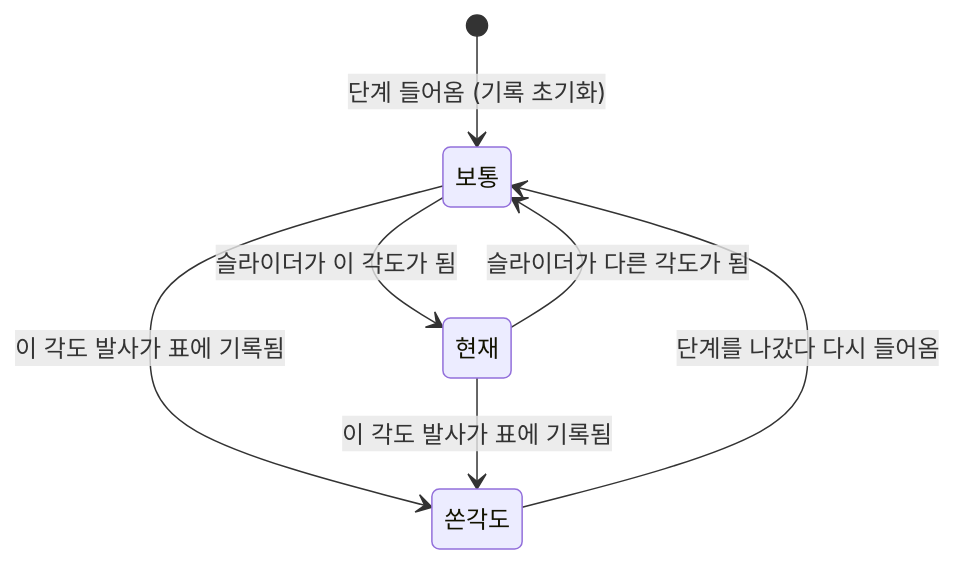
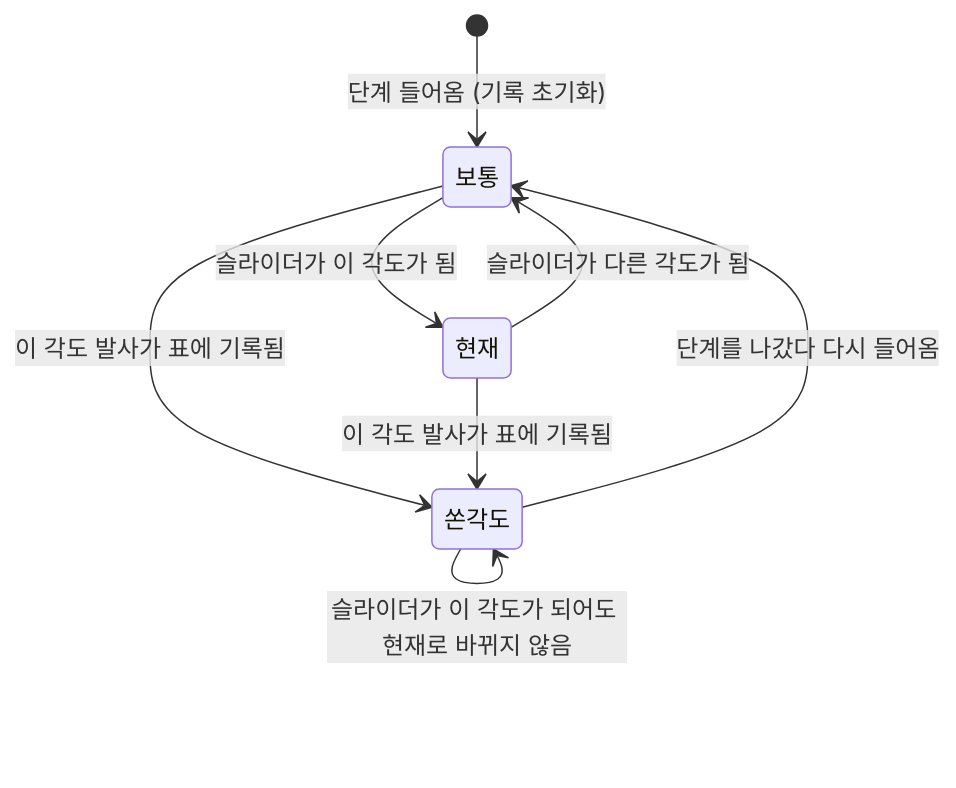
The diagram in kitty-specs/howitzer-tutorial-angle-buttons-01M5RDY7/spec.md (mechurisr/Calculus_Howitzer), drawn with Mermaid before and after one commit. The commit also changed other lines of this file and 2 other files, not shown here.

````diff
--- a/kitty-specs/howitzer-tutorial-angle-buttons-01M5RDY7/spec.md
+++ b/kitty-specs/howitzer-tutorial-angle-buttons-01M5RDY7/spec.md
@@ -35,9 +35,10 @@
 ```mermaid
 stateDiagram-v2
   [*] --> 보통: 단계 들어옴 (기록 초기화)
   보통 --> 현재: 슬라이더가 이 각도가 됨
   현재 --> 보통: 슬라이더가 다른 각도가 됨
   보통 --> 쏜각도: 이 각도 발사가 표에 기록됨
   현재 --> 쏜각도: 이 각도 발사가 표에 기록됨
+  쏜각도 --> 쏜각도: 슬라이더가 이 각도가 되어도 현재로 바뀌지 않음
   쏜각도 --> 보통: 단계를 나갔다 다시 들어옴
 ```
````
